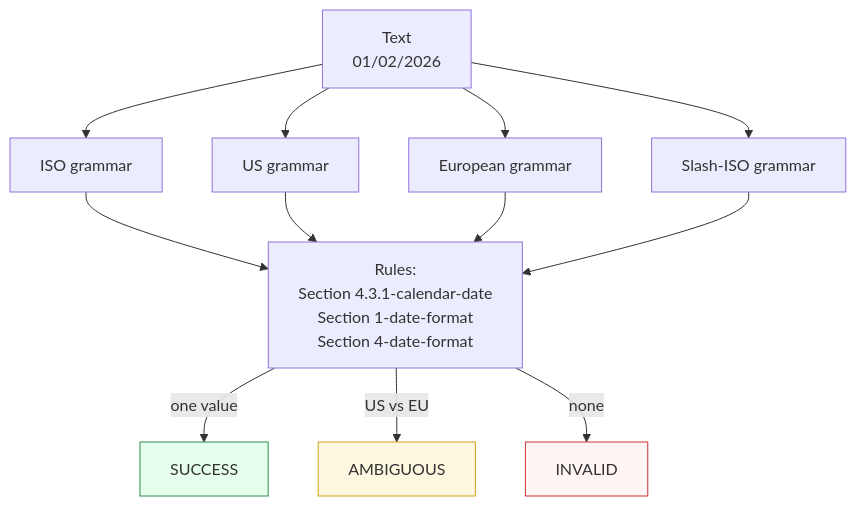
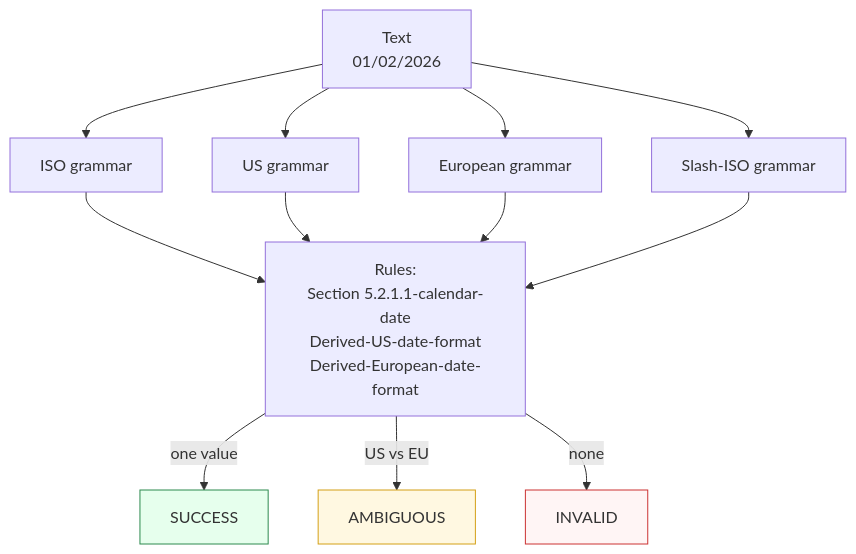
The diagram in docs/user/capabilities/date.md (nexusnv/paxman-python), drawn with Mermaid before and after one commit. The commit also changed other lines of this file and 13 other files, not shown here.

````diff
--- a/docs/user/capabilities/date.md
+++ b/docs/user/capabilities/date.md
@@ -78,15 +78,15 @@
 ```mermaid
 flowchart TB
     A[Text<br>01/02/2026] --> G1[ISO grammar]
     A --> G2[US grammar]
     A --> G3[European grammar]
     A --> G4[Slash-ISO grammar]
-    G1 & G2 & G3 & G4 --> R[Rules:<br>Section 4.3.1-calendar-date<br>Section 1-date-format<br>Section 4-date-format]
+    G1 & G2 & G3 & G4 --> R[Rules:<br>Section 5.2.1.1-calendar-date<br>Derived-US-date-format<br>Derived-European-date-format]
     R -->|one value| OK[SUCCESS]
     R -->|US vs EU| AMB[AMBIGUOUS]
     R -->|none| INV[INVALID]
 
     style OK fill:#e6ffed,stroke:#2d8a4e
     style AMB fill:#fff8e1,stroke:#d4a017
     style INV fill:#fff5f5,stroke:#cc3333
 ```
````
